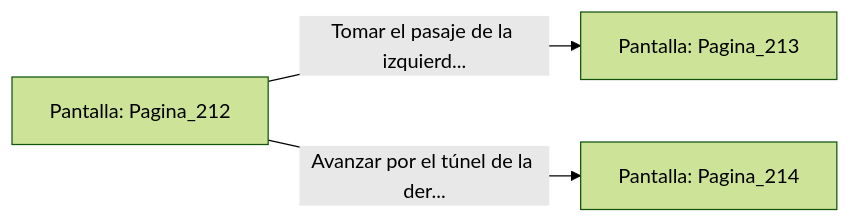
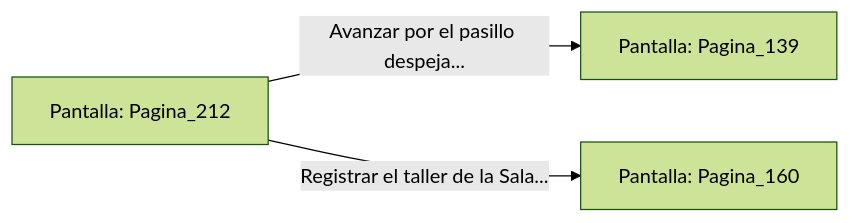
The diagram in sample/eligejuego-vault/Pantalla_Pagina_212.md (metsuke/mpl), drawn with Mermaid (forest theme) before and after one commit. The commit also changed other lines of this file and 635 other files, not shown here.

First line of the commit message:
fix: añadir Pagina_1 como pantalla inicial en capitulo_01.mpl

````diff
--- a/sample/eligejuego-vault/Pantalla_Pagina_212.md
+++ b/sample/eligejuego-vault/Pantalla_Pagina_212.md
@@ -20,6 +22,6 @@
 ```mermaid
 graph LR
     P_Pagina_212["Pantalla: Pagina_212"]
-    P_Pagina_212 -->|"Tomar el pasaje de la izquierd..."| P_Pagina_213["Pantalla: Pagina_213"]
-    P_Pagina_212 -->|"Avanzar por el túnel de la der..."| P_Pagina_214["Pantalla: Pagina_214"]
+    P_Pagina_212 -->|"Avanzar por el pasillo despeja..."| P_Pagina_139["Pantalla: Pagina_139"]
+    P_Pagina_212 -->|"Registrar el taller de la Sala..."| P_Pagina_160["Pantalla: Pagina_160"]
 ```
````
